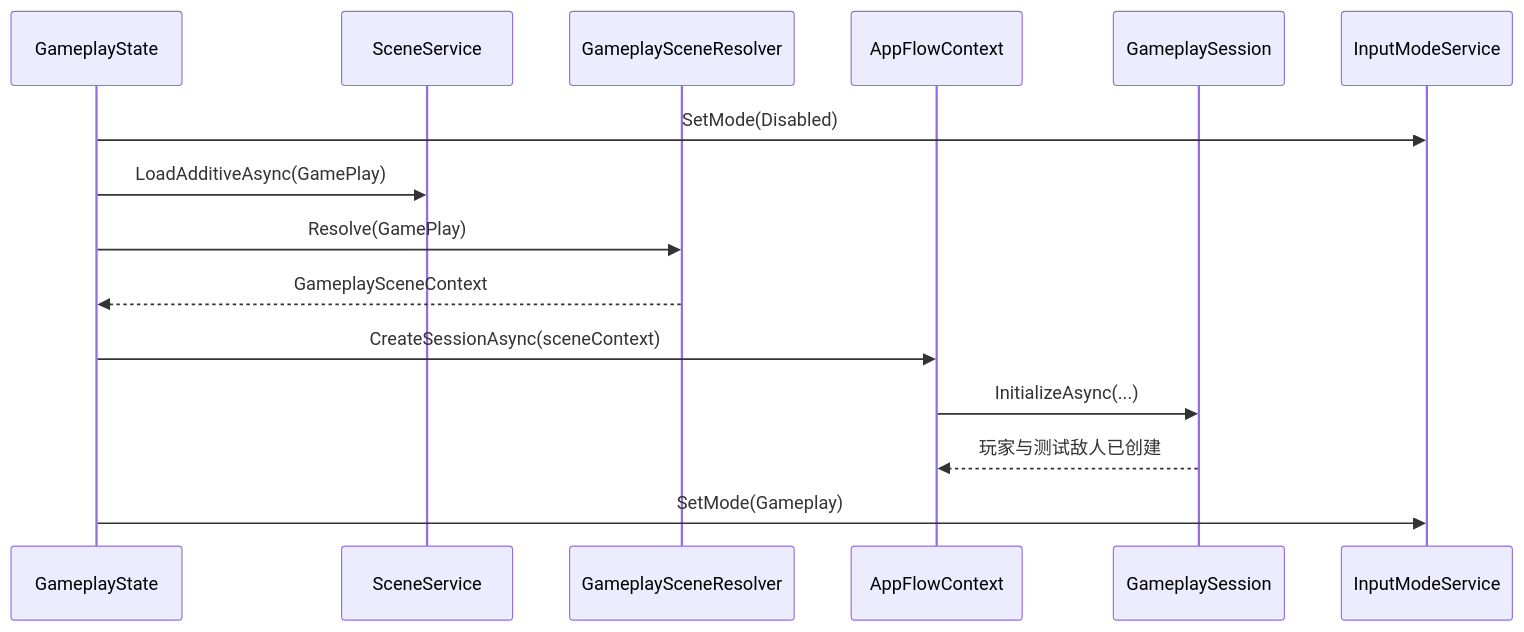
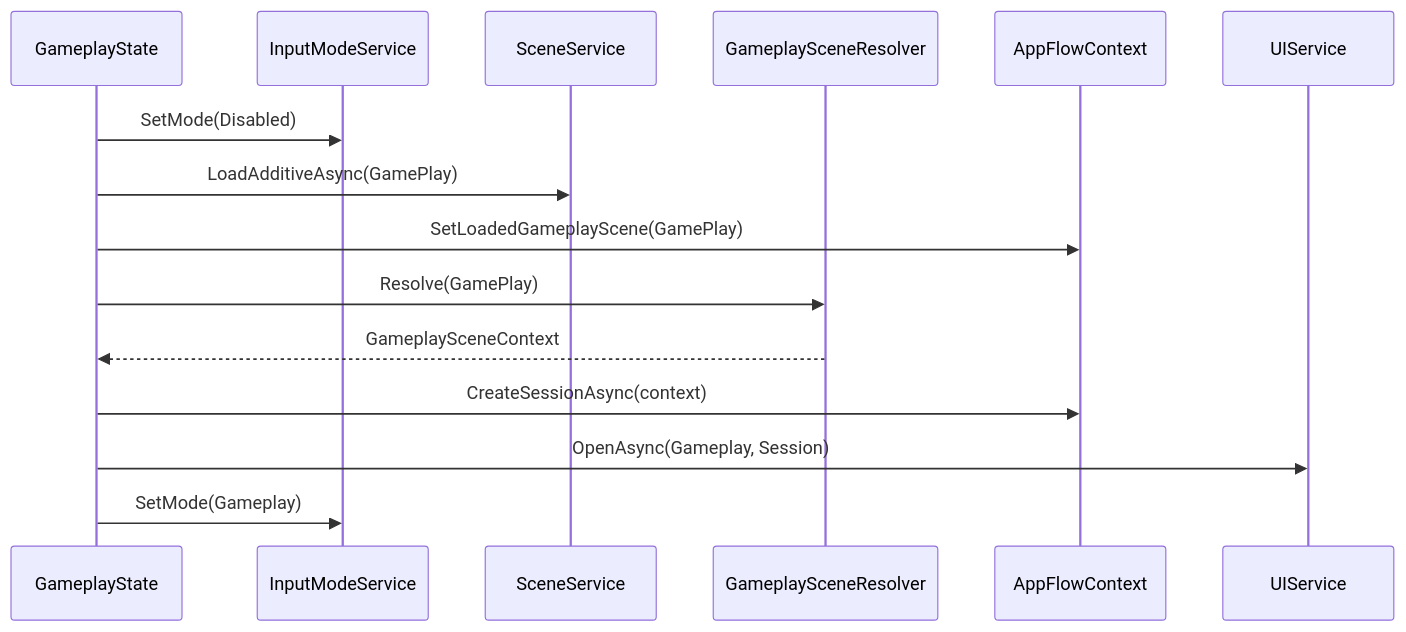
The fourth of 4 diagrams in Assets/Scripts/ShotGame/Docs/03_Gameplay场景接入与输入驱动计划.md (stttttttt/GrazeShotDemo), drawn with Mermaid before and after one commit. The commit also changed other lines of this file and 51 other files, not shown here.

````diff
--- a/Assets/Scripts/ShotGame/Docs/03_Gameplay场景接入与输入驱动计划.md
+++ b/Assets/Scripts/ShotGame/Docs/03_Gameplay场景接入与输入驱动计划.md
@@ -410,18 +429,18 @@
 ```mermaid
 sequenceDiagram
     participant State as GameplayState
+    participant Input as InputModeService
     participant Scene as SceneService
     participant Resolver as GameplaySceneResolver
     participant Context as AppFlowContext
-    participant Session as GameplaySession
-    participant Input as InputModeService
+    participant UI as UIService
 
     State->>Input: SetMode(Disabled)
     State->>Scene: LoadAdditiveAsync(GamePlay)
+    State->>Context: SetLoadedGameplayScene(GamePlay)
     State->>Resolver: Resolve(GamePlay)
     Resolver-->>State: GameplaySceneContext
-    State->>Context: CreateSessionAsync(sceneContext)
-    Context->>Session: InitializeAsync(...)
-    Session-->>Context: 玩家与测试敌人已创建
+    State->>Context: CreateSessionAsync(context)
+    State->>UI: OpenAsync(Gameplay, Session)
     State->>Input: SetMode(Gameplay)
 ```
````
